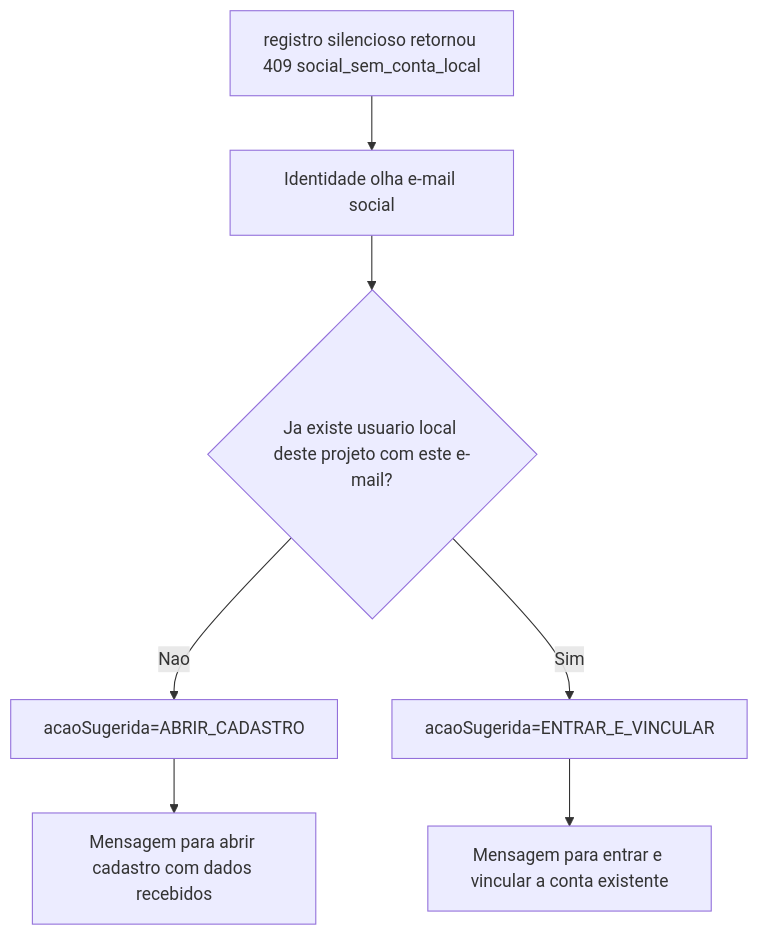
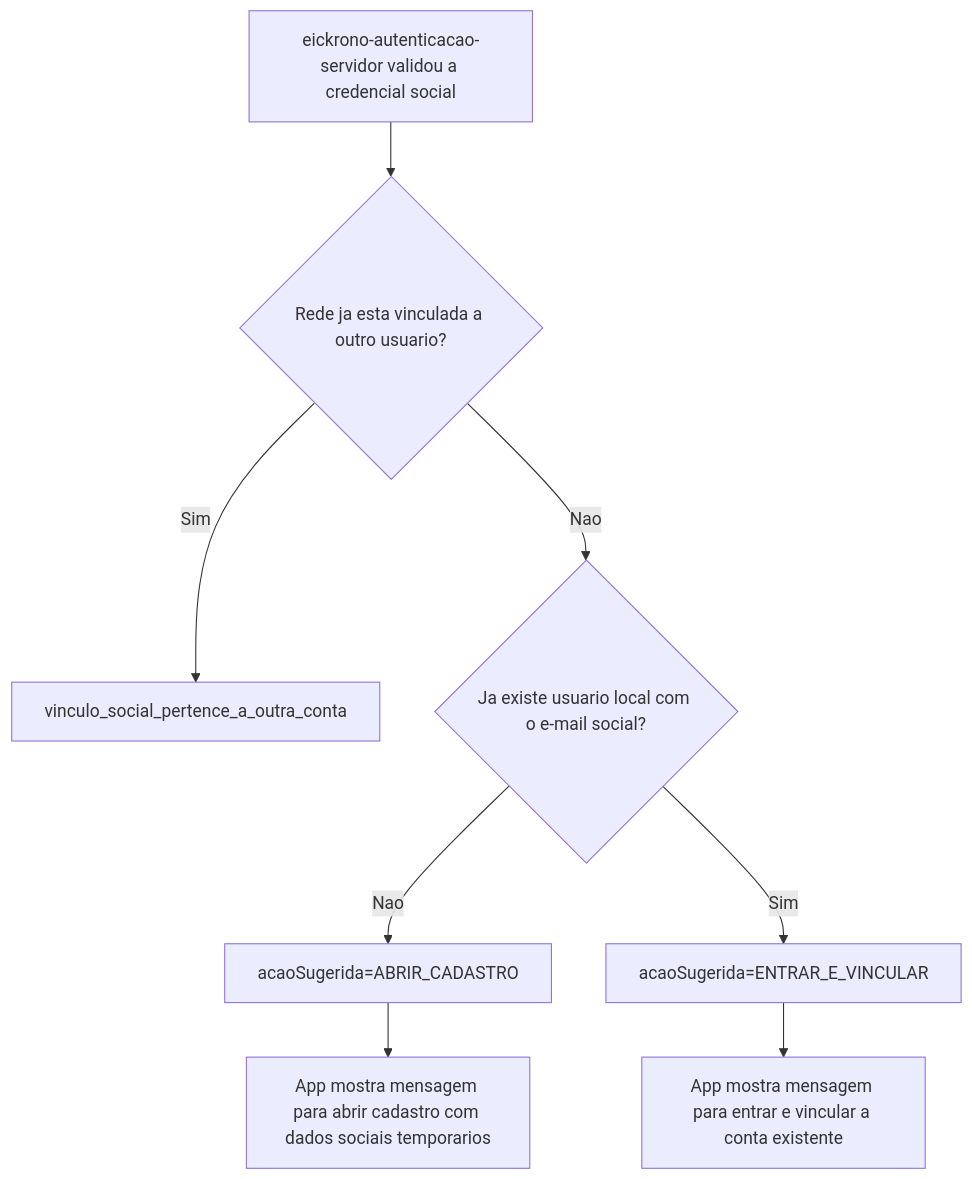
The seventh of 9 diagrams in documentacao/guia_fluxos_login_autenticacao_app.md (pedrosotc/eickrono_autenticacao), drawn with Mermaid before and after one commit. The commit also changed other lines of this file and 82 other files, not shown here.

````diff
--- a/documentacao/guia_fluxos_login_autenticacao_app.md
+++ b/documentacao/guia_fluxos_login_autenticacao_app.md
@@ -1129,9 +1071,10 @@
 ```mermaid
 flowchart TD
-    A[registro silencioso retornou 409 social_sem_conta_local] --> B[Identidade olha e-mail social]
-    B --> C{Ja existe usuario local deste projeto com este e-mail?}
-    C -- Nao --> D[acaoSugerida=ABRIR_CADASTRO]
-    C -- Sim --> E[acaoSugerida=ENTRAR_E_VINCULAR]
-    D --> F[Mensagem para abrir cadastro com dados recebidos]
-    E --> G[Mensagem para entrar e vincular a conta existente]
+    A[eickrono-autenticacao-servidor validou a credencial social] --> B{Rede ja esta vinculada a outro usuario?}
+    B -- Sim --> C[vinculo_social_pertence_a_outra_conta]
+    B -- Nao --> D{Ja existe usuario local com o e-mail social?}
+    D -- Nao --> E[acaoSugerida=ABRIR_CADASTRO]
+    D -- Sim --> F[acaoSugerida=ENTRAR_E_VINCULAR]
+    E --> G[App mostra mensagem para abrir cadastro com dados sociais temporarios]
+    F --> H[App mostra mensagem para entrar e vincular a conta existente]
 ```
````
